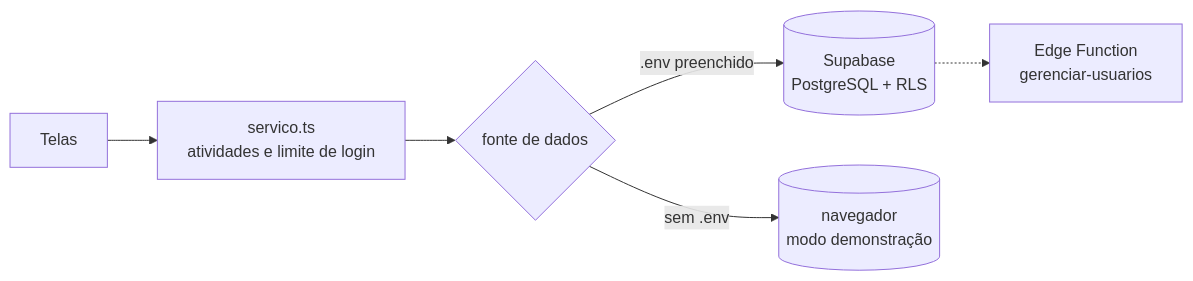
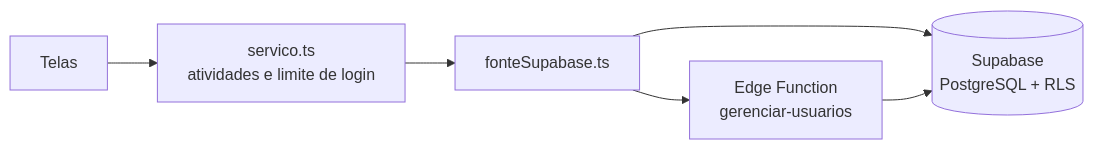
One commit to higornovocardoso/Logisteca-que-Aquece-Sistema-de-Gestao-de-Doacoes changed the first of 2 diagrams in README.md. Above: the diagram before and after it, drawn with Mermaid. The commit also changed other lines of this file and 28 other files, not shown here.

First line of the commit message:
Remove o modo demonstração e as contas de visitante

````diff
--- a/README.md
+++ b/README.md
@@ -113,8 +110,8 @@
 ```mermaid
 flowchart LR
     T[Telas] --> S[servico.ts<br/>atividades e limite de login]
-    S --> F{fonte de dados}
-    F -->|.env preenchido| SB[(Supabase<br/>PostgreSQL + RLS)]
-    F -->|sem .env| LS[(navegador<br/>modo demonstração)]
-    SB -.-> EF[Edge Function<br/>gerenciar-usuarios]
+    S --> F[fonteSupabase.ts]
+    F --> SB[(Supabase<br/>PostgreSQL + RLS)]
+    F --> EF[Edge Function<br/>gerenciar-usuarios]
+    EF --> SB
 ```
````
